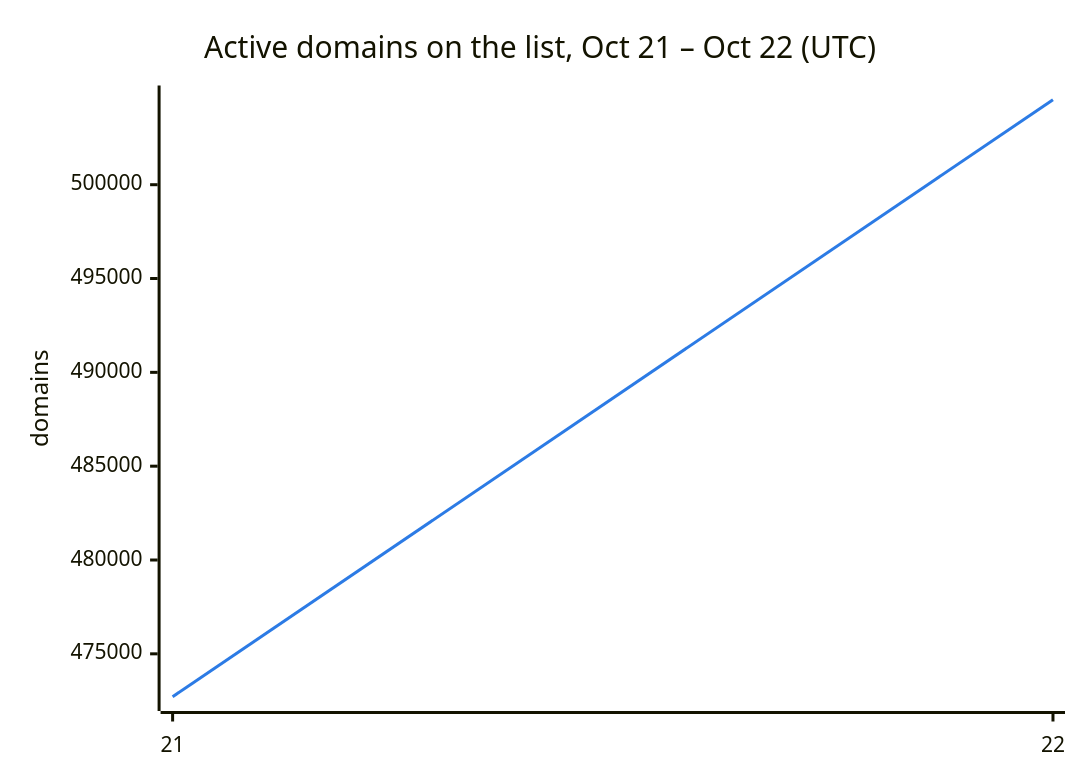
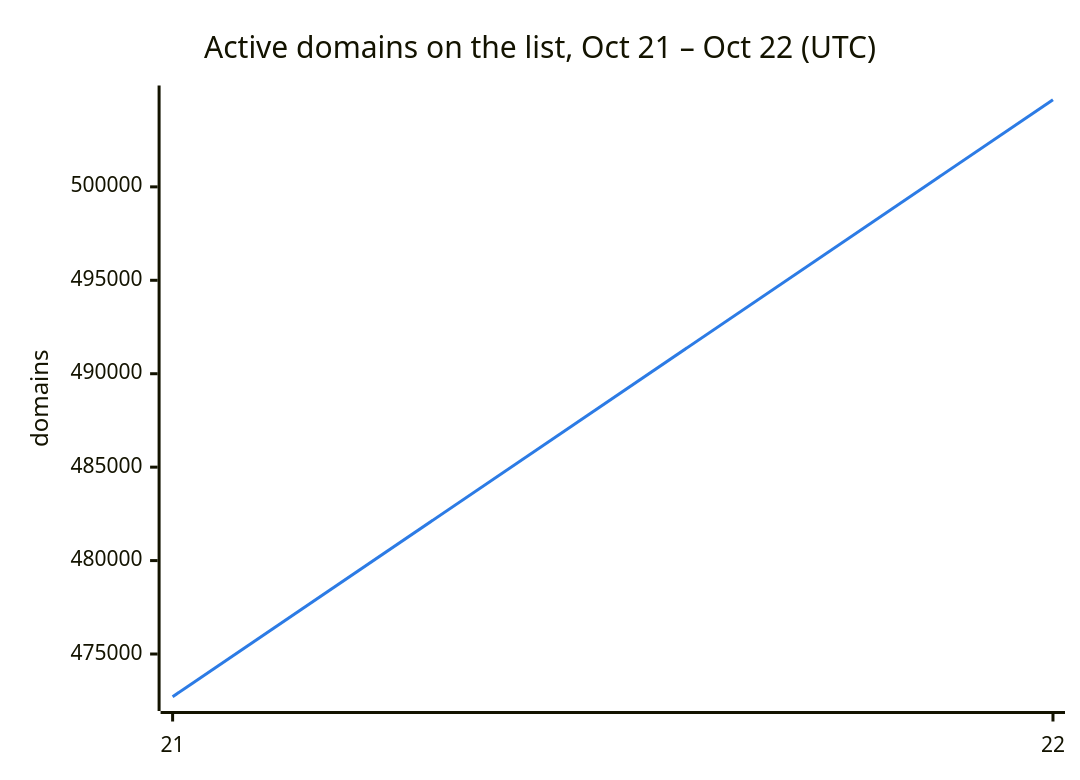
Before and after one commit to DNSBunker/CTI: the second of 3 diagrams in README.md, drawn with Mermaid. The commit also changed other lines of this file and 3 other files, not shown here.

````diff
--- a/README.md
+++ b/README.md
@@ -38,8 +38,8 @@
 ```mermaid
 %%{init: {"themeVariables": {"xyChart": {"plotColorPalette": "#2c7be5"}}}}%%
 xychart-beta
     title "Active domains on the list, Oct 21 – Oct 22 (UTC)"
     x-axis ["21", "22"]
     y-axis "domains"
-    line [472713, 504527]
+    line [472713, 504662]
 ```
````
